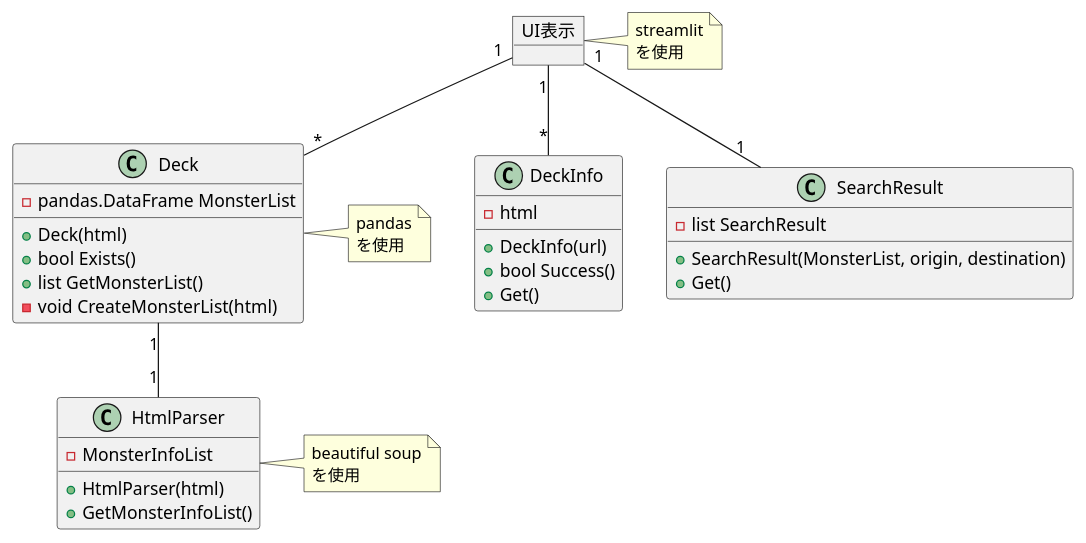
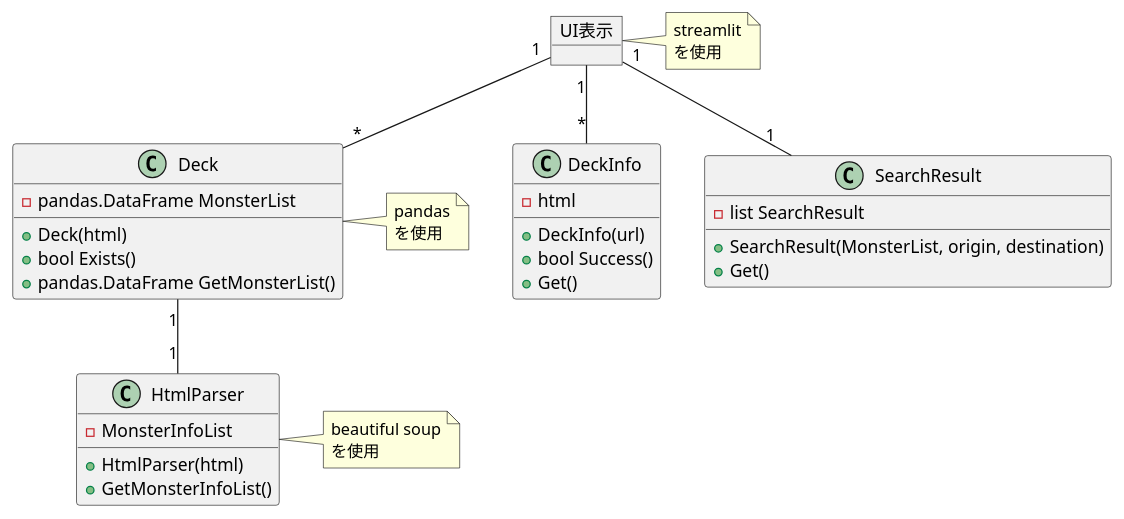
One commit to ikishichi/ygo-small-world-transit changed the fifth of 6 diagrams in docs/ygo-small-world-transit.md. Above: the diagram before and after it, drawn with PlantUML.

Commit message:
ドキュメントを修正:DeckクラスではPandasライブラリを使用する。

````diff
--- a/docs/ygo-small-world-transit.md
+++ b/docs/ygo-small-world-transit.md
@@ -115,45 +115,44 @@
 ```plantuml
 @startuml
 object "UI表示" as ui
 note right
 streamlit
 を使用
 endnote
 class DeckInfo{
     - html
     + DeckInfo(url)
     + bool Success()
     + Get()
 }
 class SearchResult {
     - list SearchResult
     + SearchResult(MonsterList, origin, destination)
     + Get()
 }
 class Deck{
     - pandas.DataFrame MonsterList
     + Deck(html)
     + bool Exists()
-    + list GetMonsterList()
-    - void CreateMonsterList(html)
+    + pandas.DataFrame GetMonsterList()
 }
 note right
 pandas
 を使用
 endnote
 class HtmlParser{
     - MonsterInfoList
     + HtmlParser(html)
     + GetMonsterInfoList()
 }
 note right
 beautiful soup
 を使用
 endnote
 ui "1"--"*" DeckInfo
 ui "1"--"1" SearchResult
 
 ui "1"--"*" Deck
 Deck "1"--"1" HtmlParser
 @enduml
 ```
````
